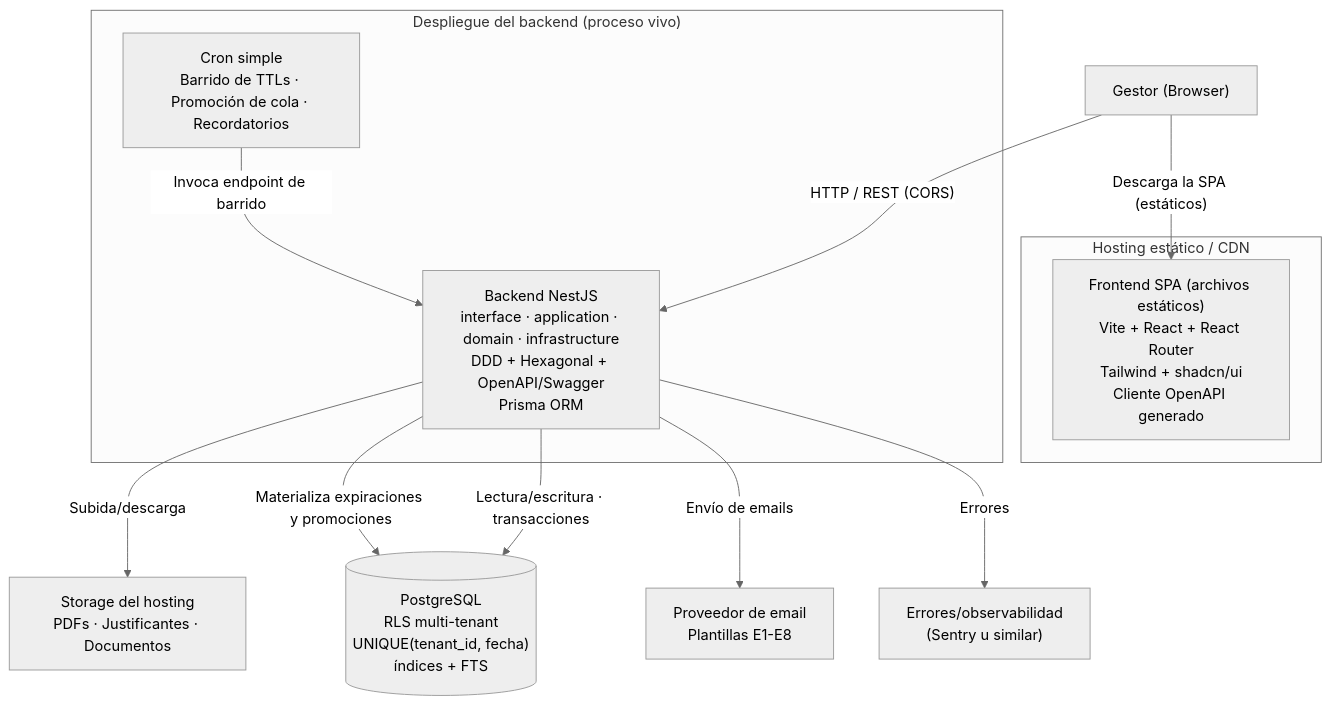
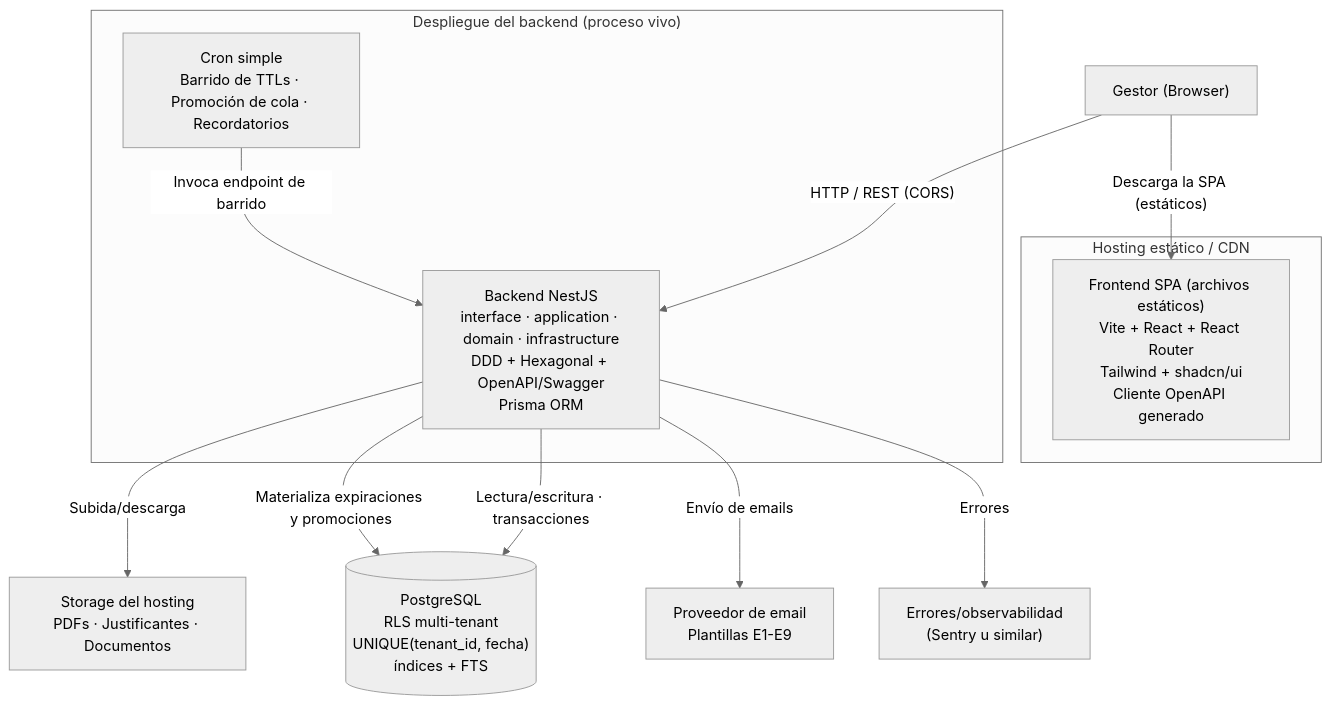
The first of 2 diagrams in docs/architecture.md (rvila89/slotify), drawn with Mermaid (neutral theme) before and after one commit. The commit also changed other lines of this file and 3 other files, not shown here.

First line of the commit message:
docs(reserva-viva): sincronizar er-diagram, use-cases y architecture tras el change

````diff
--- a/docs/architecture.md
+++ b/docs/architecture.md
@@ -46,27 +46,27 @@
 ```mermaid
 graph TB
     Browser["Gestor (Browser)"]
 
     subgraph cdn["Hosting estático / CDN"]
         WEB["Frontend SPA (archivos estáticos)<br/>Vite + React + React Router<br/>Tailwind + shadcn/ui<br/>Cliente OpenAPI generado"]
     end
 
     subgraph deploy["Despliegue del backend (proceso vivo)"]
         API["Backend NestJS<br/>interface · application · domain · infrastructure<br/>DDD + Hexagonal + OpenAPI/Swagger<br/>Prisma ORM"]
         CRON["Cron simple<br/>Barrido de TTLs · Promoción de cola · Recordatorios"]
     end
 
     DB[("PostgreSQL<br/>RLS multi-tenant<br/>UNIQUE(tenant_id, fecha)<br/>índices + FTS")]
     STORE["Storage del hosting<br/>PDFs · Justificantes · Documentos"]
-    MAIL["Proveedor de email<br/>Plantillas E1-E8"]
+    MAIL["Proveedor de email<br/>Plantillas E1-E9"]
     ERR["Errores/observabilidad<br/>(Sentry u similar)"]
 
     Browser -->|"Descarga la SPA (estáticos)"| WEB
     Browser -->|"HTTP / REST (CORS)"| API
     API -->|"Lectura/escritura · transacciones"| DB
     API -->|"Subida/descarga"| STORE
     API -->|"Envío de emails"| MAIL
     API -->|"Errores"| ERR
     CRON -->|"Invoca endpoint de barrido"| API
     API -->|"Materializa expiraciones y promociones"| DB
 ```
````
